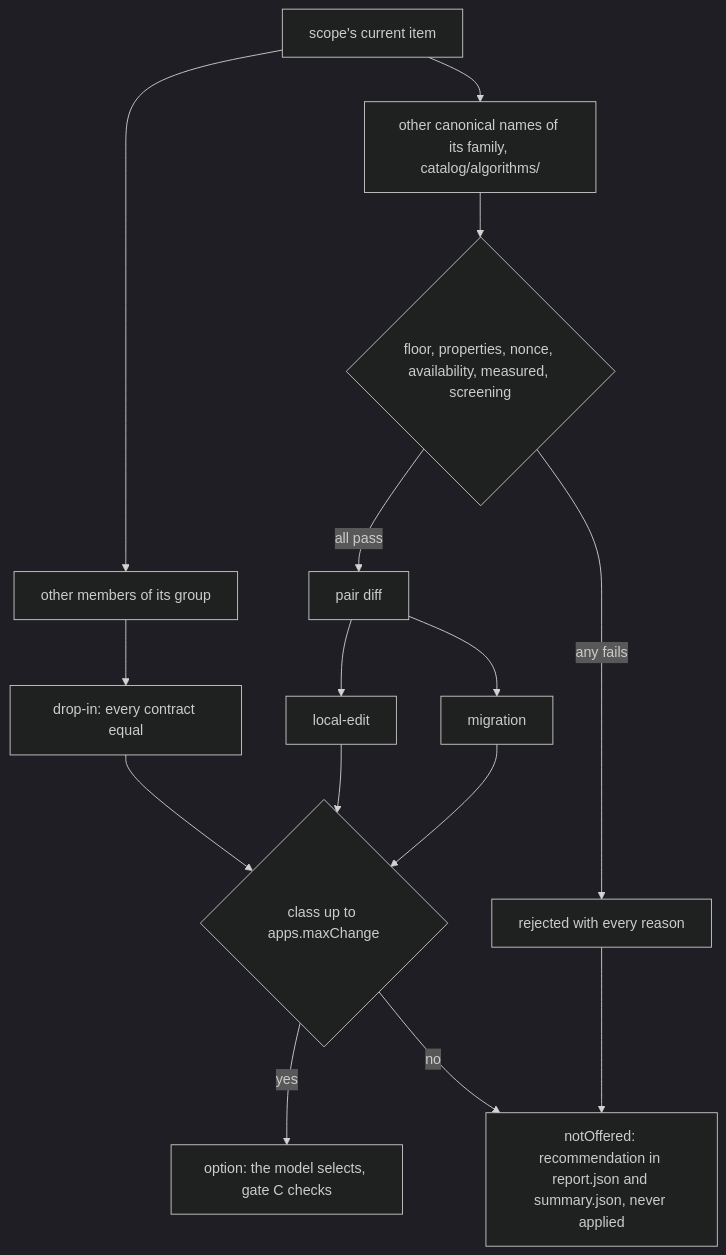
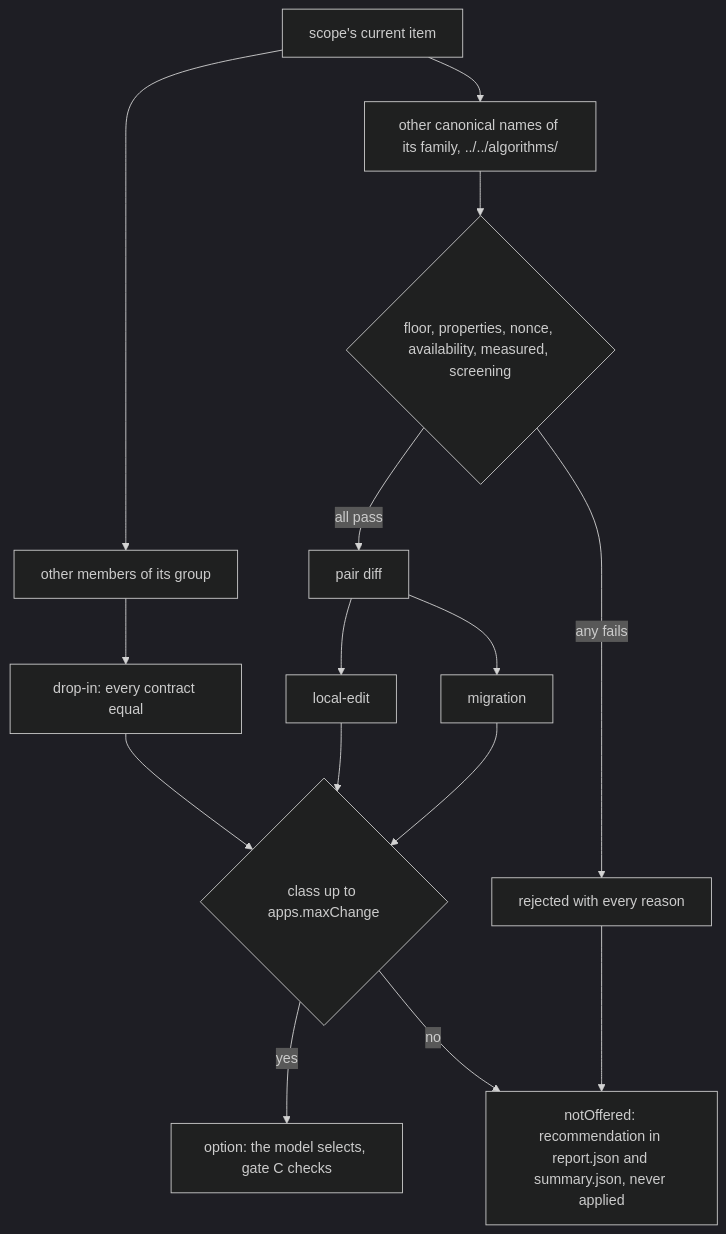
The diagram in apps/perf-repair/docs/change-classes.md (JuneKim0007/cryptobenchmark), drawn with Mermaid (dark theme) before and after one commit. The commit also changed other lines of this file and 244 other files, not shown here.

````diff
--- a/apps/perf-repair/docs/change-classes.md
+++ b/apps/perf-repair/docs/change-classes.md
@@ -5,17 +5,17 @@
 ```mermaid
 flowchart TD
     C[scope's current item] --> G[other members of its group]
-    C --> F[other canonical names of its family, catalog/algorithms/]
+    C --> F[other canonical names of its family, ../../algorithms/]
     G --> D[drop-in: every contract equal]
     F --> R{floor, properties, nonce, availability, measured, screening}
     R -- any fails --> X[rejected with every reason]
     R -- all pass --> P[pair diff]
     P --> L[local-edit]
     P --> M[migration]
     D --> O{class up to apps.maxChange}
     L --> O
     M --> O
     O -- yes --> A[option: the model selects, gate C checks]
     O -- no --> N[notOffered: recommendation in report.json and summary.json, never applied]
     X --> N
 ```
````
